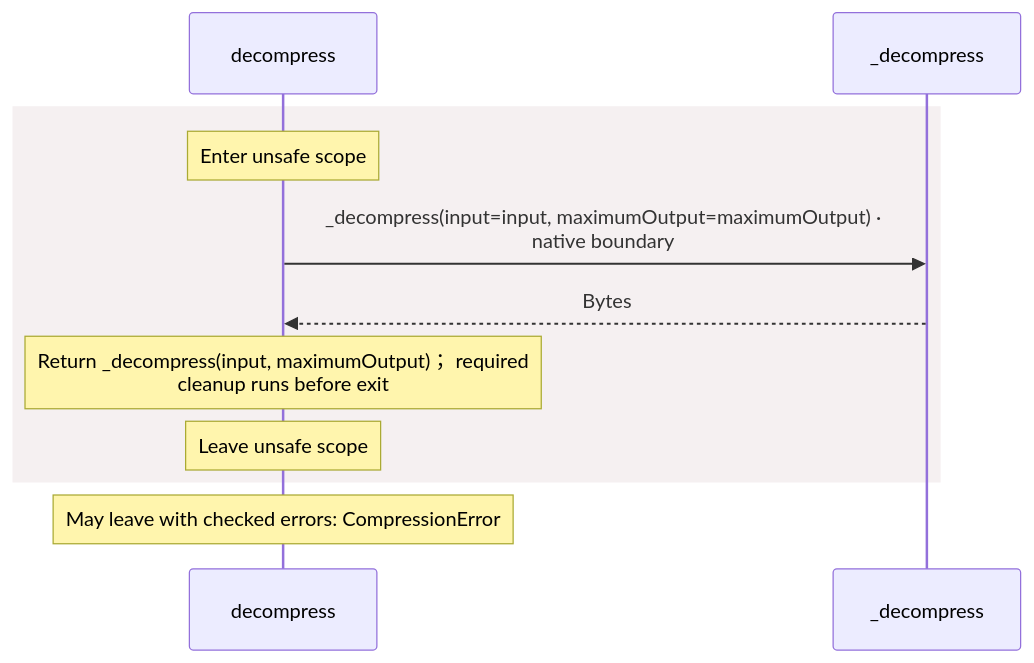
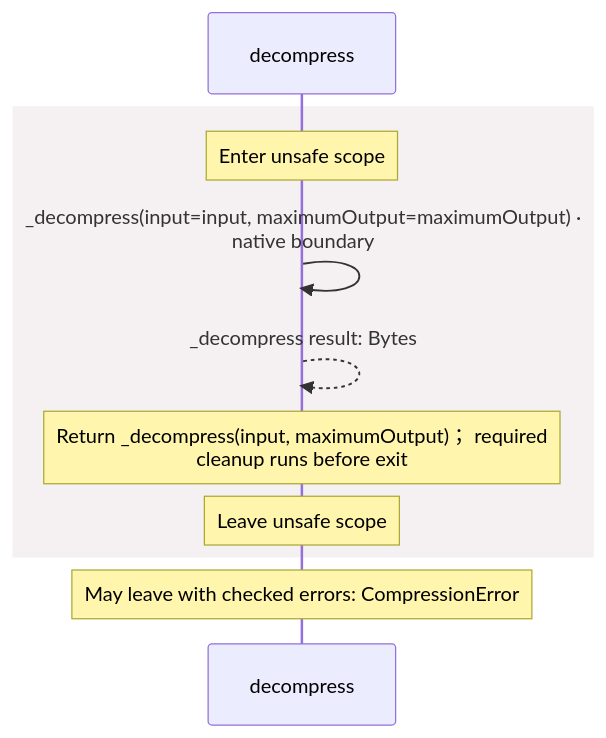
One commit to GreenPandaStudios/augscript changed the second of 2 diagrams in docs/examples/native-zlib/dependencies/packages/@greenpandastudios/aug-zlib/0.1.5/api-diagrams.md. Above: the diagram before and after it, drawn with Mermaid. The commit also changed other lines of this file and 304 other files, not shown here.

Commit message:
Make generated data-flow sequences concise and review every diagram

````diff
--- a/docs/examples/native-zlib/dependencies/packages/@greenpandastudios/aug-zlib/0.1.5/api-diagrams.md
+++ b/docs/examples/native-zlib/dependencies/packages/@greenpandastudios/aug-zlib/0.1.5/api-diagrams.md
@@ -78,13 +64,13 @@
 ```mermaid
 sequenceDiagram
     participant p0 as decompress
-    participant p1 as _decompress
+
     rect rgb(245, 240, 241)
     Note over p0: Enter unsafe scope
-    p0->>p1: _decompress(input=input, maximumOutput=maximumOutput) ·<br/>native boundary
-    p1-->>p0: Bytes
+    p0->>p0: _decompress(input=input, maximumOutput=maximumOutput) ·<br/>native boundary
+    p0-->>p0: _decompress result: Bytes
     Note over p0: Return _decompress(input, maximumOutput)； required<br/>cleanup runs before exit
     Note over p0: Leave unsafe scope
     end
     Note over p0: May leave with checked errors: CompressionError
 ```
````
